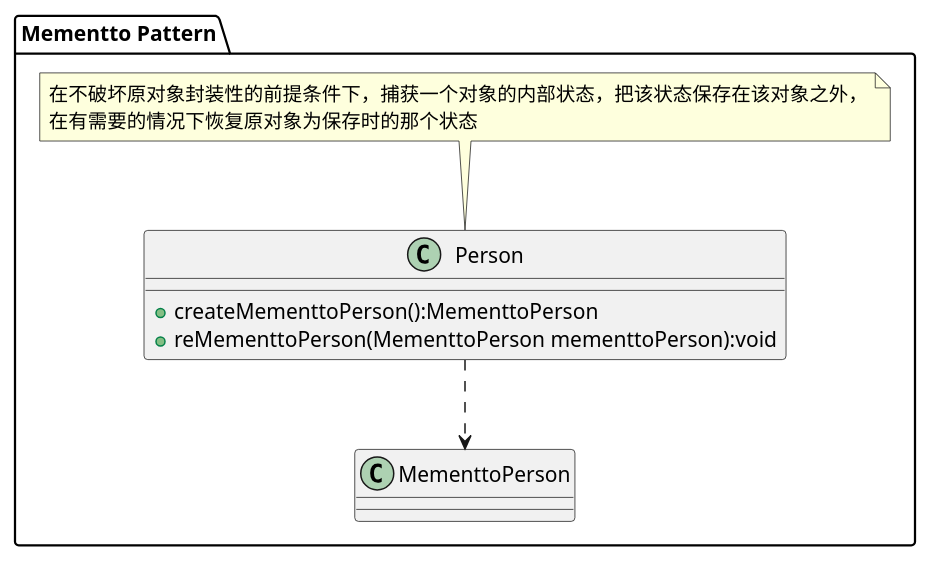
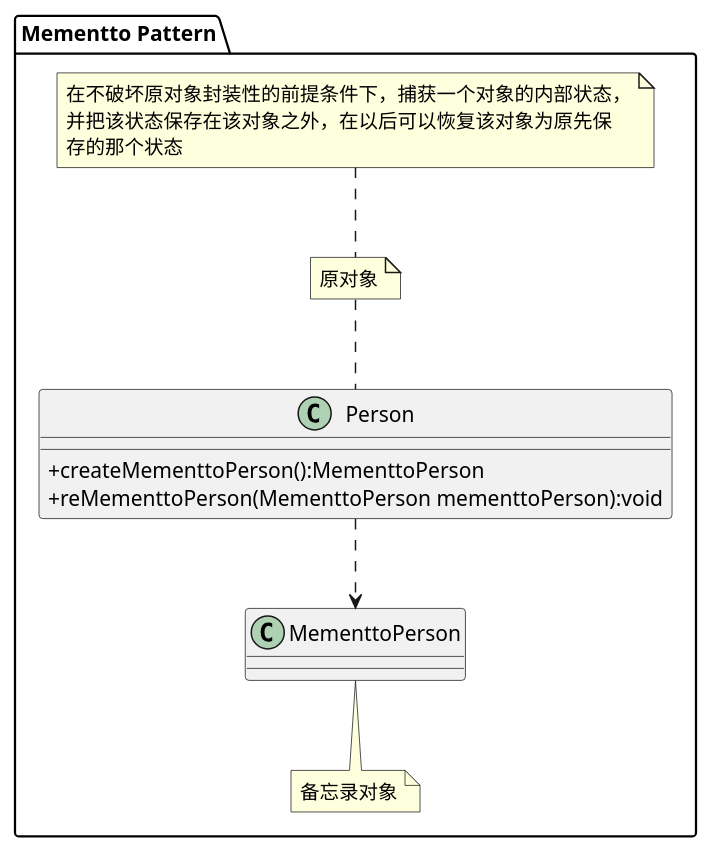
Before and after one commit to mxdldev/java-design-pattern: the diagram in lib_design_pattern/src/main/java/com/mxdl/desigin/pattern/behavior/a06_memento/uml/mementto.puml, drawn with PlantUML. The commit also changed 28 other files, not shown here.

```diff
--- a/lib_design_pattern/src/main/java/com/mxdl/desigin/pattern/behavior/a06_memento/uml/mementto.puml
+++ b/lib_design_pattern/src/main/java/com/mxdl/desigin/pattern/behavior/a06_memento/uml/mementto.puml
@@ -1,12 +1,15 @@
 @startuml
+skinparam classAttributeIconSize 0
 package "Mementto Pattern"{
     class Person{
       +createMementtoPerson():MementtoPerson
       +reMementtoPerson(MementtoPerson mementtoPerson):void
     }
-    note top:在不破坏原对象封装性的前提条件下，捕获一个对象的内部状态，把该状态保存在该对象之外，\n在有需要的情况下恢复原对象为保存时的那个状态
+    note top:原对象
+    note top:在不破坏原对象封装性的前提条件下，捕获一个对象的内部状态，\n并把该状态保存在该对象之外，在以后可以恢复该对象为原先保\n存的那个状态
     class MementtoPerson
+    note bottom:备忘录对象
     Person .-> MementtoPerson
 }
 
 @enduml
```
